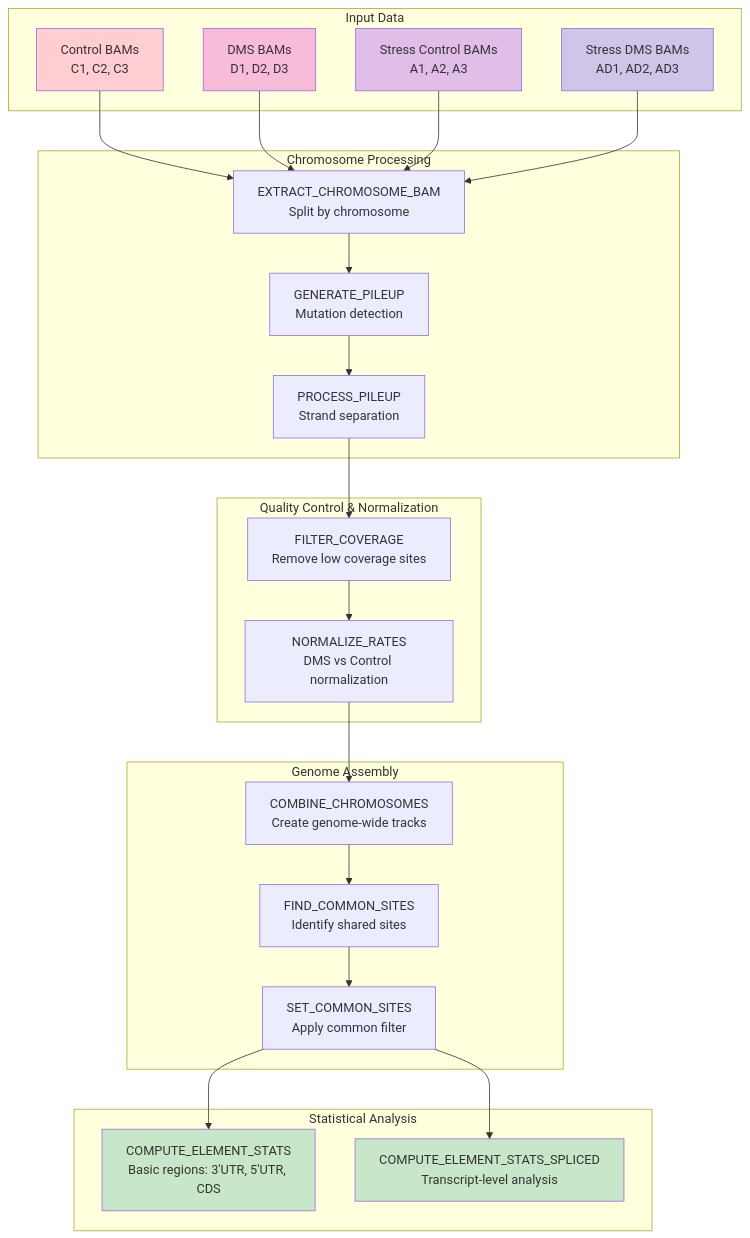
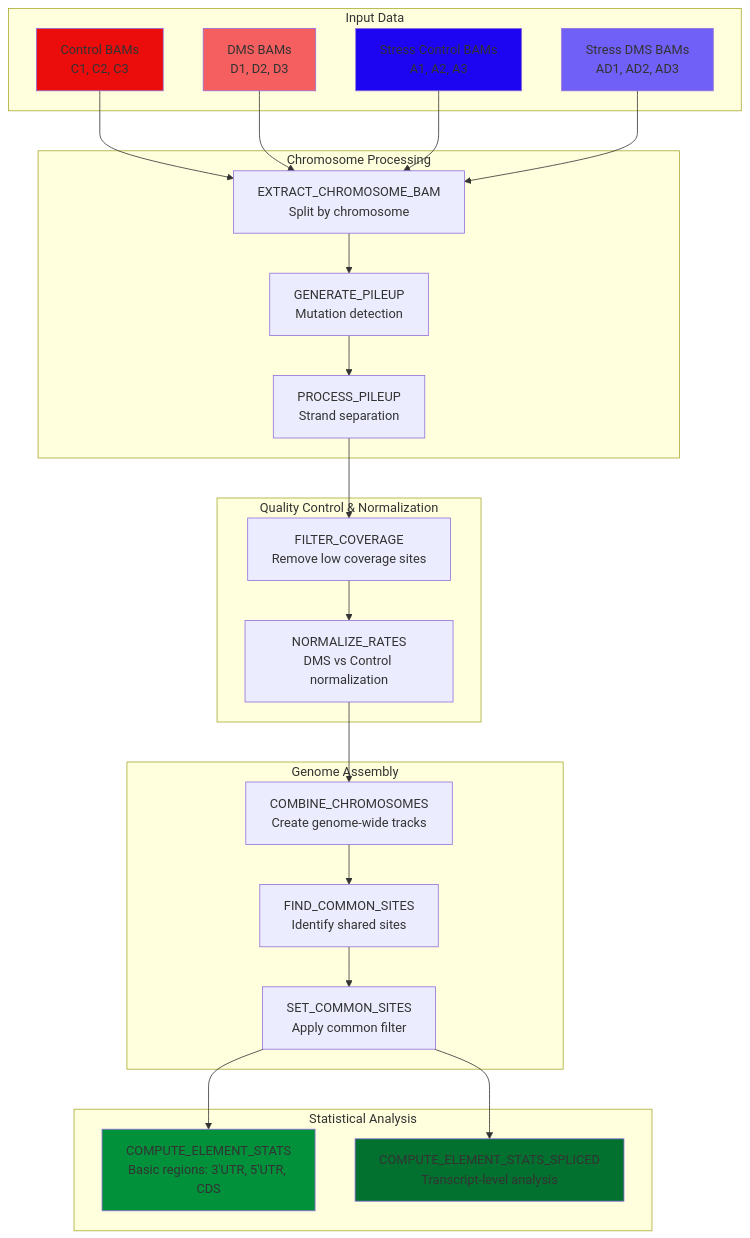
Before and after one commit to t-whitfield/TRAM-seq: the diagram in README.md, drawn with Mermaid.

Commit message:
Update README.md
Edit colours for workflow diagram.

````diff
--- a/README.md
+++ b/README.md
@@ -16,49 +16,49 @@
 ```mermaid
 flowchart TD
     subgraph "Input Data"
         A1[Control BAMs<br/>C1, C2, C3]
         A2[DMS BAMs<br/>D1, D2, D3]
         A3[Stress Control BAMs<br/>A1, A2, A3]
         A4[Stress DMS BAMs<br/>AD1, AD2, AD3]
     end
     
     subgraph "Chromosome Processing"
         B[EXTRACT_CHROMOSOME_BAM<br/>Split by chromosome]
         C[GENERATE_PILEUP<br/>Mutation detection]
         D[PROCESS_PILEUP<br/>Strand separation]
     end
     
     subgraph "Quality Control & Normalization"
         E[FILTER_COVERAGE<br/>Remove low coverage sites]
         F[NORMALIZE_RATES<br/>DMS vs Control normalization]
     end
     
     subgraph "Genome Assembly"
         G[COMBINE_CHROMOSOMES<br/>Create genome-wide tracks]
         H[FIND_COMMON_SITES<br/>Identify shared sites]
         I[SET_COMMON_SITES<br/>Apply common filter]
     end
     
     subgraph "Statistical Analysis"
         J[COMPUTE_ELEMENT_STATS<br/>Basic regions: 3'UTR, 5'UTR, CDS]
         K[COMPUTE_ELEMENT_STATS_SPLICED<br/>Transcript-level analysis]
     end
     
     A1 & A2 & A3 & A4 --> B
     B --> C
     C --> D
     D --> E
     E --> F
     F --> G
     G --> H
     H --> I
     I --> J
     I --> K
     
-    style A1 fill:#ffcdd2
-    style A2 fill:#f8bbd9
-    style A3 fill:#e1bee7
-    style A4 fill:#d1c4e9
-    style J fill:#c8e6c9
-    style K fill:#c8e6c9
+    style A1 fill:#EB0C0C
+    style A2 fill:#F55F5F
+    style A3 fill:#1D05F2
+    style A4 fill:#7060F7
+    style J fill:#01913B
+    style K fill:#02702F
 ```
````
